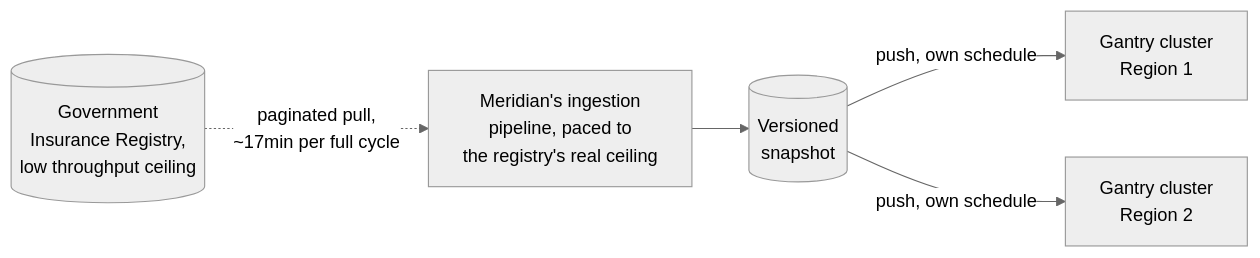
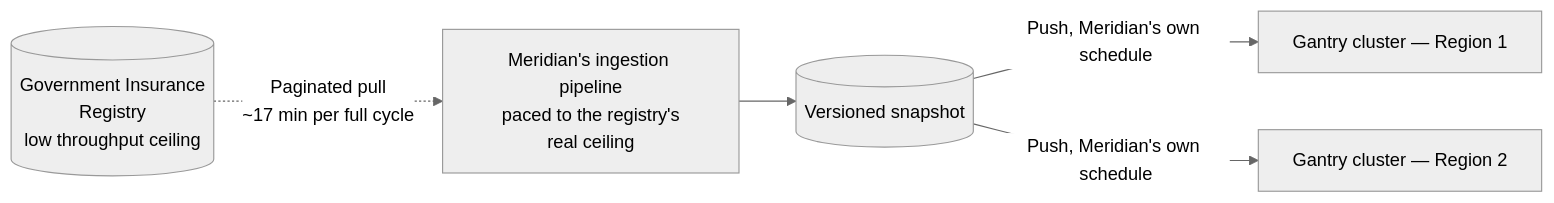
The third of 12 diagrams in system-design/HLD/0-course/49-Toll-Vehicle-Insurance-Validity-Check-FAANG-Guide-story.md (riyaz-pasha/Learnings), drawn with Mermaid (neutral theme) before and after one commit. The commit also changed other lines of this file and 1 other file, not shown here.

Commit message:
[REWRITE] Toll Vehicle Insurance Validity Check story guide: simplify prose, add structure, fix diagrams

````diff
--- a/system-design/HLD/0-course/49-Toll-Vehicle-Insurance-Validity-Check-FAANG-Guide-story.md
+++ b/system-design/HLD/0-course/49-Toll-Vehicle-Insurance-Validity-Check-FAANG-Guide-story.md
@@ -72,9 +154,13 @@
 ```mermaid
 flowchart LR
-    GOV[("Government\nInsurance Registry,\nlow throughput ceiling")]
-    PIPE["Meridian's ingestion\npipeline, paced to\nthe registry's real ceiling"]
-    GOV -.->|"paginated pull,\n~17min per full cycle"| PIPE
-    PIPE --> SNAP[("Versioned\nsnapshot")]
-    SNAP -->|"push, own schedule"| G1["Gantry cluster\nRegion 1"]
-    SNAP -->|"push, own schedule"| G2["Gantry cluster\nRegion 2"]
+    GOV[("Government Insurance<br/>Registry<br/>low throughput ceiling")]
+    PIPE["Meridian's ingestion pipeline<br/>paced to the registry's<br/>real ceiling"]
+    SNAP[("Versioned snapshot")]
+    G1["Gantry cluster — Region 1"]
+    G2["Gantry cluster — Region 2"]
+
+    GOV -.->|"Paginated pull<br/>~17 min per full cycle"| PIPE
+    PIPE --> SNAP
+    SNAP -->|"Push, Meridian's own schedule"| G1
+    SNAP -->|"Push, Meridian's own schedule"| G2
 ```
````
